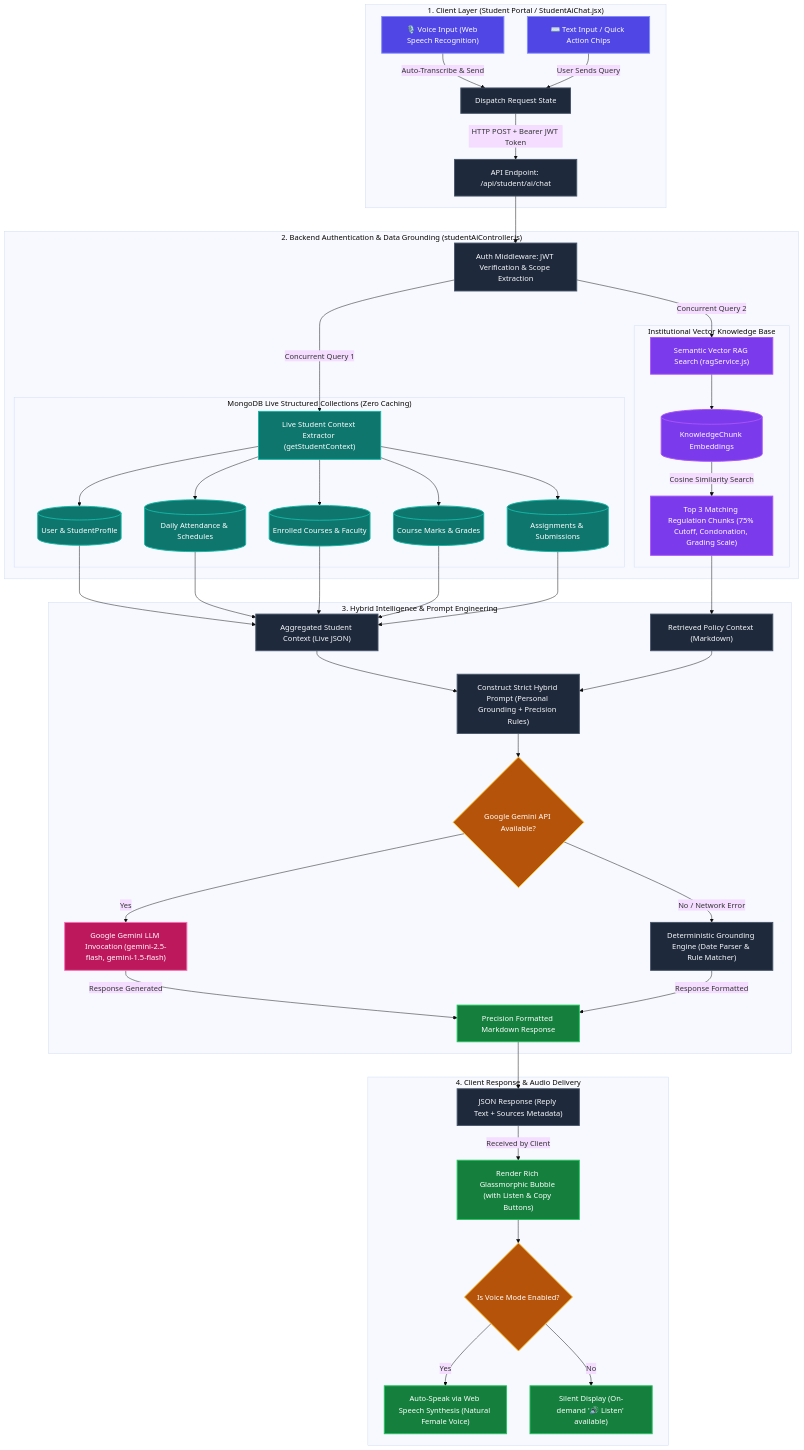
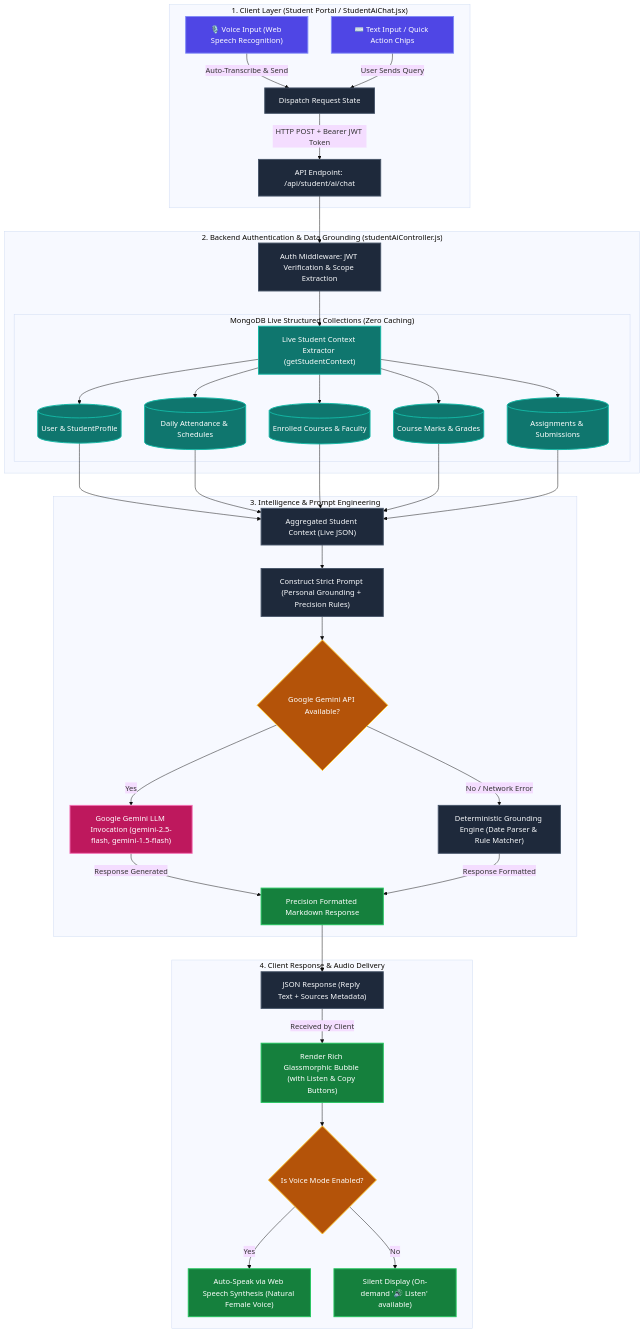
Before and after one commit to teknarayan10y/ERP-System: the diagram in README.md, drawn with Mermaid (base theme). The commit also changed other lines of this file and 6 other files, not shown here.

Commit message:
Remove institutional knowledge base (vector RAG) from ERP system

````diff
--- a/README.md
+++ b/README.md
@@ -84,70 +83,63 @@
 ```mermaid
 flowchart TD
     %% Styling Classes
     classDef inputNode fill:#4f46e5,stroke:#818cf8,stroke-width:2px,color:#fff;
     classDef processNode fill:#1e293b,stroke:#475569,stroke-width:2px,color:#f8fafc;
     classDef dbNode fill:#0f766e,stroke:#14b8a6,stroke-width:2px,color:#fff;
     classDef ragNode fill:#7c3aed,stroke:#a855f7,stroke-width:2px,color:#fff;
     classDef llmNode fill:#be185d,stroke:#f472b6,stroke-width:2px,color:#fff;
     classDef outputNode fill:#15803d,stroke:#22c55e,stroke-width:2px,color:#fff;
     classDef decisionNode fill:#b45309,stroke:#fbbf24,stroke-width:2px,color:#fff;
 
     %% 1. USER INPUT LAYER
     subgraph Client ["1. Client Layer (Student Portal / StudentAiChat.jsx)"]
         A1["🎙️ Voice Input (Web Speech Recognition)"]:::inputNode
         A2["⌨️ Text Input / Quick Action Chips"]:::inputNode
         A1 -->|Auto-Transcribe & Send| B["Dispatch Request State"]:::processNode
         A2 -->|User Sends Query| B
         B -->|HTTP POST + Bearer JWT Token| C["API Endpoint: /api/student/ai/chat"]:::processNode
     end
 
     %% 2. BACKEND & CONTEXT EXTRACTION LAYER
     subgraph BackendContext ["2. Backend Authentication & Data Grounding (studentAiController.js)"]
         C --> D["Auth Middleware: JWT Verification & Scope Extraction"]:::processNode
         
-        D -->|Concurrent Query 1| E["Live Student Context Extractor (getStudentContext)"]:::dbNode
-        D -->|Concurrent Query 2| F["Semantic Vector RAG Search (ragService.js)"]:::ragNode
+        D --> E["Live Student Context Extractor (getStudentContext)"]:::dbNode
 
         subgraph MongoDB ["MongoDB Live Structured Collections (Zero Caching)"]
             E --> M1[("User & StudentProfile")]:::dbNode
             E --> M2[("Daily Attendance & Schedules")]:::dbNode
             E --> M3[("Enrolled Courses & Faculty")]:::dbNode
             E --> M4[("Course Marks & Grades")]:::dbNode
             E --> M5[("Assignments & Submissions")]:::dbNode
         end
-
-        subgraph VectorDB ["Institutional Vector Knowledge Base"]
-            F --> V1[("KnowledgeChunk Embeddings")]:::ragNode
-            V1 -->|Cosine Similarity Search| V2["Top 3 Matching Regulation Chunks (75% Cutoff, Condonation, Grading Scale)"]:::ragNode
-        end
     end
 
     %% 3. HYBRID PROMPT & INTELLIGENCE ENGINE
-    subgraph Engine ["3. Hybrid Intelligence & Prompt Engineering"]
+    subgraph Engine ["3. Intelligence & Prompt Engineering"]
         M1 & M2 & M3 & M4 & M5 --> G["Aggregated Student Context (Live JSON)"]:::processNode
-        V2 --> H["Retrieved Policy Context (Markdown)"]:::processNode
-        
-        G & H --> I["Construct Strict Hybrid Prompt (Personal Grounding + Precision Rules)"]:::processNode
+
+        G --> I["Construct Strict Prompt (Personal Grounding + Precision Rules)"]:::processNode
 
         I --> J{"Google Gemini API Available?"}:::decisionNode
         
         %% Path 1: Google Gemini LLM
         J -->|Yes| K["Google Gemini LLM Invocation (gemini-2.5-flash, gemini-1.5-flash)"]:::llmNode
         
         %% Path 2: Fallback Engine
         J -->|No / Network Error| L["Deterministic Grounding Engine (Date Parser & Rule Matcher)"]:::processNode
         
         K -->|Response Generated| M["Precision Formatted Markdown Response"]:::outputNode
         L -->|Response Formatted| M
     end
 
     %% 4. RESPONSE DISPATCH & AUDIO SYNTHESIS
     subgraph ResponseLayer ["4. Client Response & Audio Delivery"]
         M --> N["JSON Response (Reply Text + Sources Metadata)"]:::processNode
         N -->|Received by Client| O["Render Rich Glassmorphic Bubble (with Listen & Copy Buttons)"]:::outputNode
         
         O --> P{"Is Voice Mode Enabled?"}:::decisionNode
         P -->|Yes| Q["Auto-Speak via Web Speech Synthesis (Natural Female Voice)"]:::outputNode
         P -->|No| R["Silent Display (On-demand '🔊 Listen' available)"]:::outputNode
     end
 ```
````
